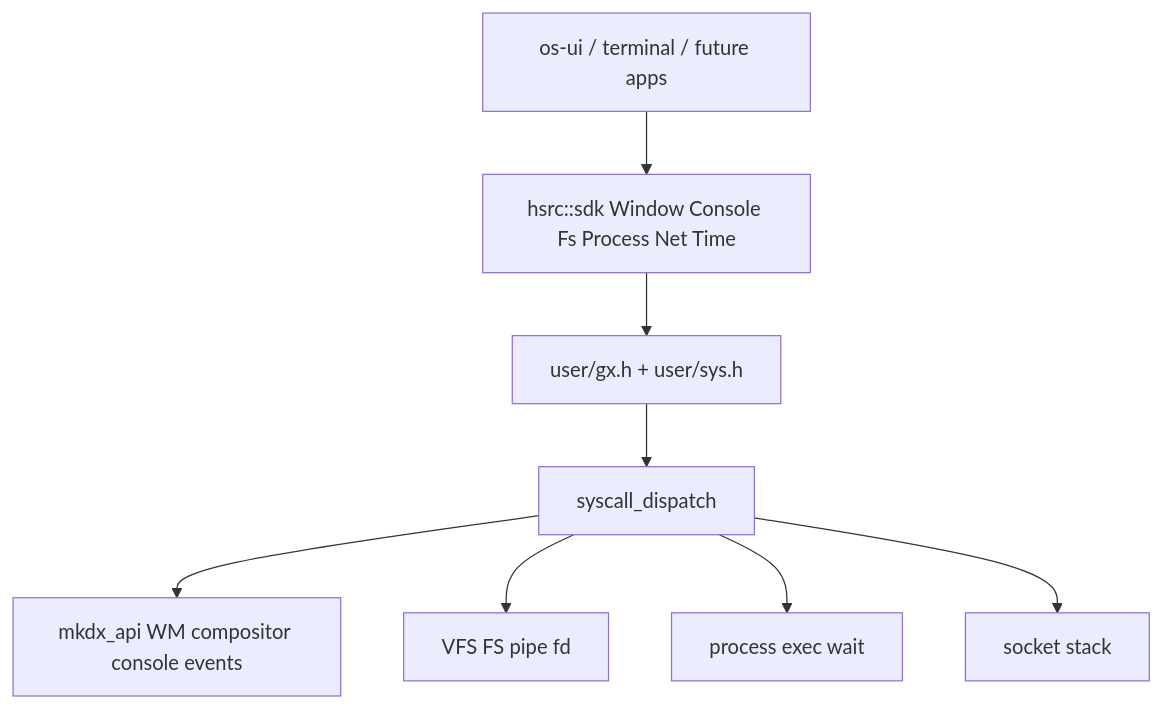
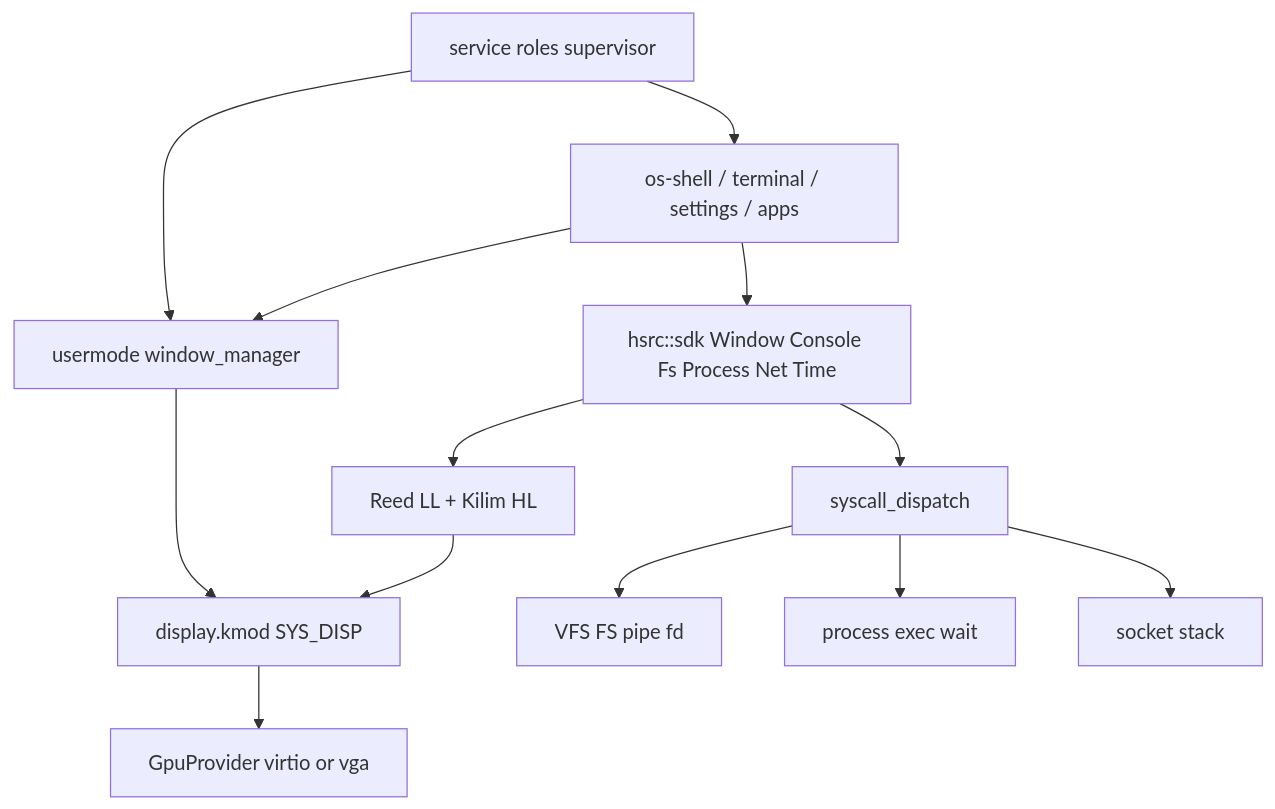
The first of 3 diagrams in .cursor/plans/god-level_window_api_87fb7031.plan.md (hasirciogluhq/hsrc-kernel), drawn with Mermaid before and after one commit. The commit also changed other lines of this file and 1 other file, not shown here.

First line of the commit message:
Refactor God-level Window API and GPU Display Stack plans for clarity and alignment

````diff
--- a/.cursor/plans/god-level_window_api_87fb7031.plan.md
+++ b/.cursor/plans/god-level_window_api_87fb7031.plan.md
@@ -150,19 +169,27 @@
 ```mermaid
 flowchart TB
-  Apps["os-ui / terminal / future apps"]
+  Apps["os-shell / terminal / settings / apps"]
   SDK["hsrc::sdk Window Console Fs Process Net Time"]
-  UGX["user/gx.h + user/sys.h"]
+  ReedKilim["Reed LL + Kilim HL"]
+  WM["usermode window_manager"]
   Sys["syscall_dispatch"]
-  Mkdx["mkdx_api WM compositor console events"]
+  Disp["display.kmod SYS_DISP"]
+  Gpu["GpuProvider virtio or vga"]
   Vfs["VFS FS pipe fd"]
   Proc["process exec wait"]
   Net["socket stack"]
+  Svc["service roles supervisor"]
 
   Apps --> SDK
-  SDK --> UGX
-  UGX --> Sys
-  Sys --> Mkdx
+  SDK --> ReedKilim
+  Apps --> WM
+  ReedKilim --> Disp
+  WM --> Disp
+  Disp --> Gpu
+  SDK --> Sys
   Sys --> Vfs
   Sys --> Proc
   Sys --> Net
+  Svc --> WM
+  Svc --> Apps
 ```
````
